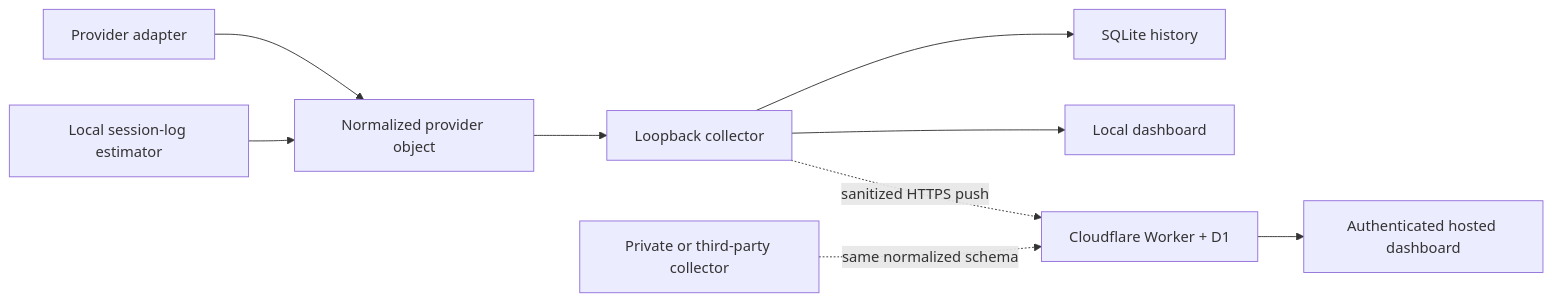
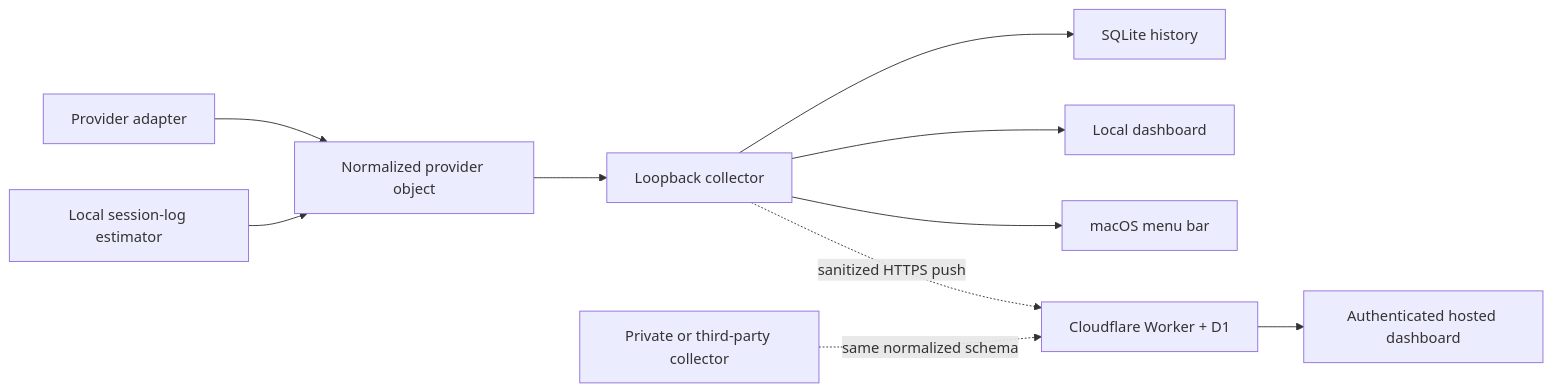
One commit to 0xBigotry7/ai-usage-dashboard changed the diagram in docs/architecture.md. Above: the diagram before and after it, drawn with Mermaid. The commit also changed other lines of this file and 30 other files, not shown here.

Commit message:
Expand providers, controls, and macOS menu bar

````diff
--- a/docs/architecture.md
+++ b/docs/architecture.md
@@ -6,11 +6,12 @@
 ```mermaid
 flowchart LR
   A["Provider adapter"] --> B["Normalized provider object"]
   C["Local session-log estimator"] --> B
   B --> D["Loopback collector"]
   D --> E["SQLite history"]
   D --> F["Local dashboard"]
+  D --> J["macOS menu bar"]
   D -. "sanitized HTTPS push" .-> G["Cloudflare Worker + D1"]
   H["Private or third-party collector"] -. "same normalized schema" .-> G
   G --> I["Authenticated hosted dashboard"]
 ```
````
